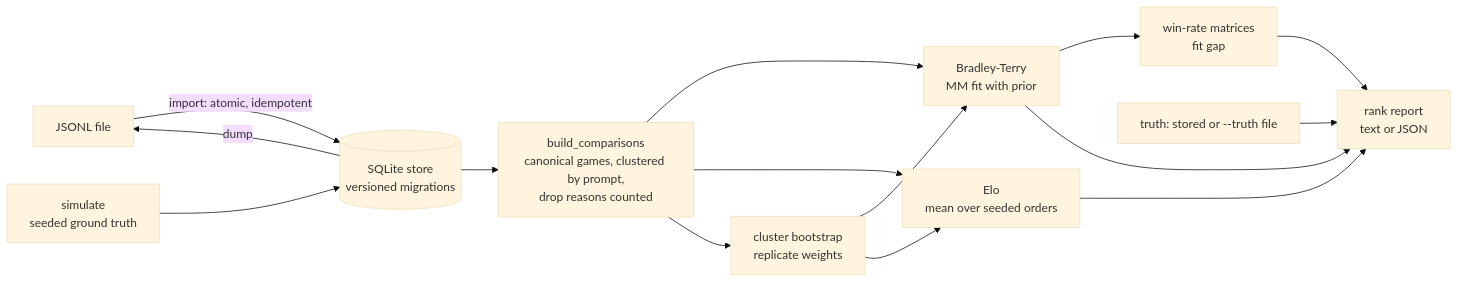
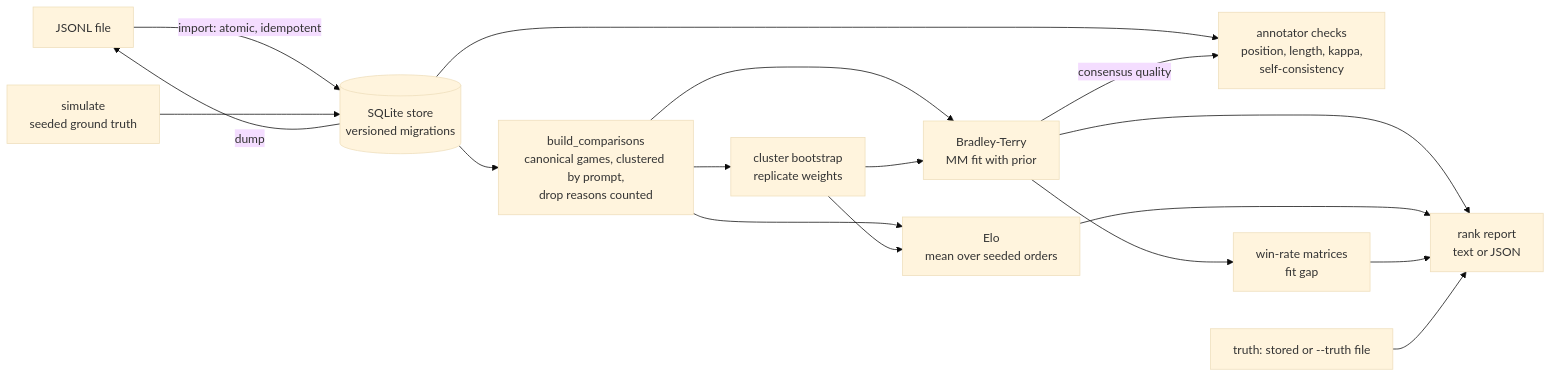
Before and after one commit to vipul21435/prefpairs: the diagram in README.md, drawn with Mermaid (base theme). The commit also changed other lines of this file and 1 other file, not shown here.

First line of the commit message:
docs: document the annotator checks and mark slice 3 done

````diff
--- a/README.md
+++ b/README.md
@@ -125,17 +174,19 @@
 ```mermaid
 flowchart LR
     J[JSONL file] -->|import: atomic, idempotent| S[(SQLite store<br/>versioned migrations)]
     G[simulate<br/>seeded ground truth] --> S
     S -->|dump| J
     S --> C[build_comparisons<br/>canonical games, clustered by prompt,<br/>drop reasons counted]
     C --> BT[Bradley-Terry<br/>MM fit with prior]
+    S --> Q[annotator checks<br/>position, length, kappa,<br/>self-consistency]
+    BT -->|consensus quality| Q
     C --> E[Elo<br/>mean over seeded orders]
     C --> B[cluster bootstrap<br/>replicate weights]
     B --> BT
     B --> E
     BT --> W[win-rate matrices<br/>fit gap]
     BT --> R[rank report<br/>text or JSON]
     E --> R
     W --> R
     T[truth: stored or --truth file] --> R
 ```
````
